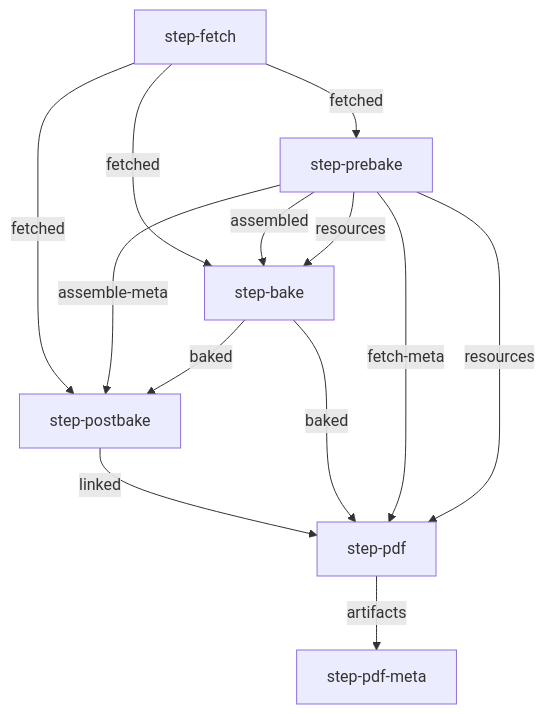
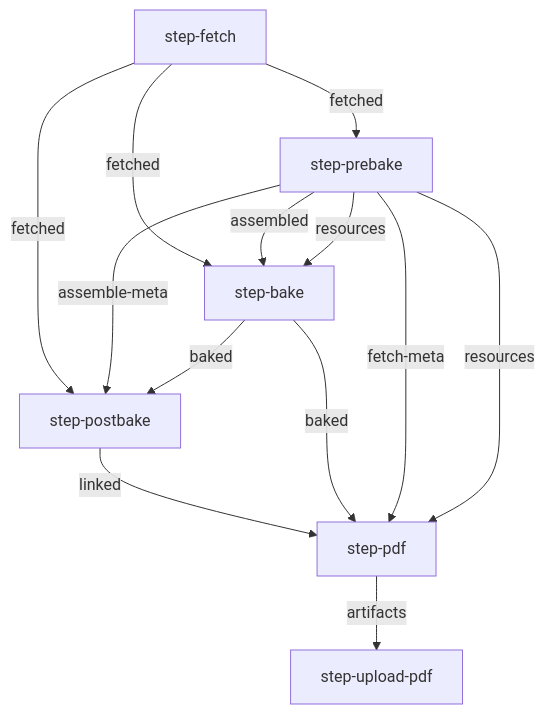
One commit to openstax/enki changed the first of 4 diagrams in build-concourse/graphs/README.md. Above: the diagram before and after it, drawn with Mermaid. The commit also changed other lines of this file and 8 other files, not shown here.

Commit message:
Add upload step for epub and pdf

````diff
--- a/build-concourse/graphs/README.md
+++ b/build-concourse/graphs/README.md
@@ -13,15 +13,15 @@
 ```mermaid
 graph TB
     step-fetch -- fetched --> step-prebake
     step-fetch -- fetched --> step-bake
     step-prebake -- assembled --> step-bake
     step-prebake -- resources --> step-bake
     step-fetch -- fetched --> step-postbake
     step-prebake -- assemble-meta --> step-postbake
     step-bake -- baked --> step-postbake
     step-postbake -- linked --> step-pdf
     step-bake -- baked --> step-pdf
     step-prebake -- fetch-meta --> step-pdf
     step-prebake -- resources --> step-pdf
-    step-pdf -- artifacts --> step-pdf-meta
+    step-pdf -- artifacts --> step-upload-pdf
 ```
````
